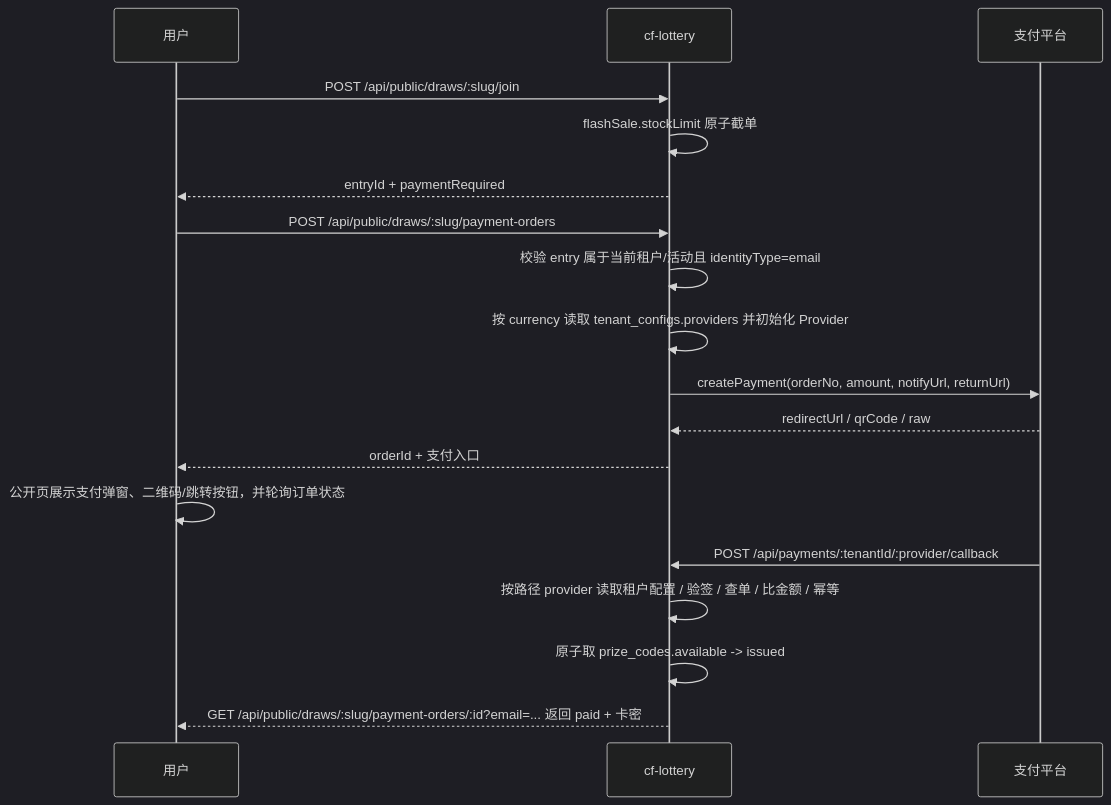
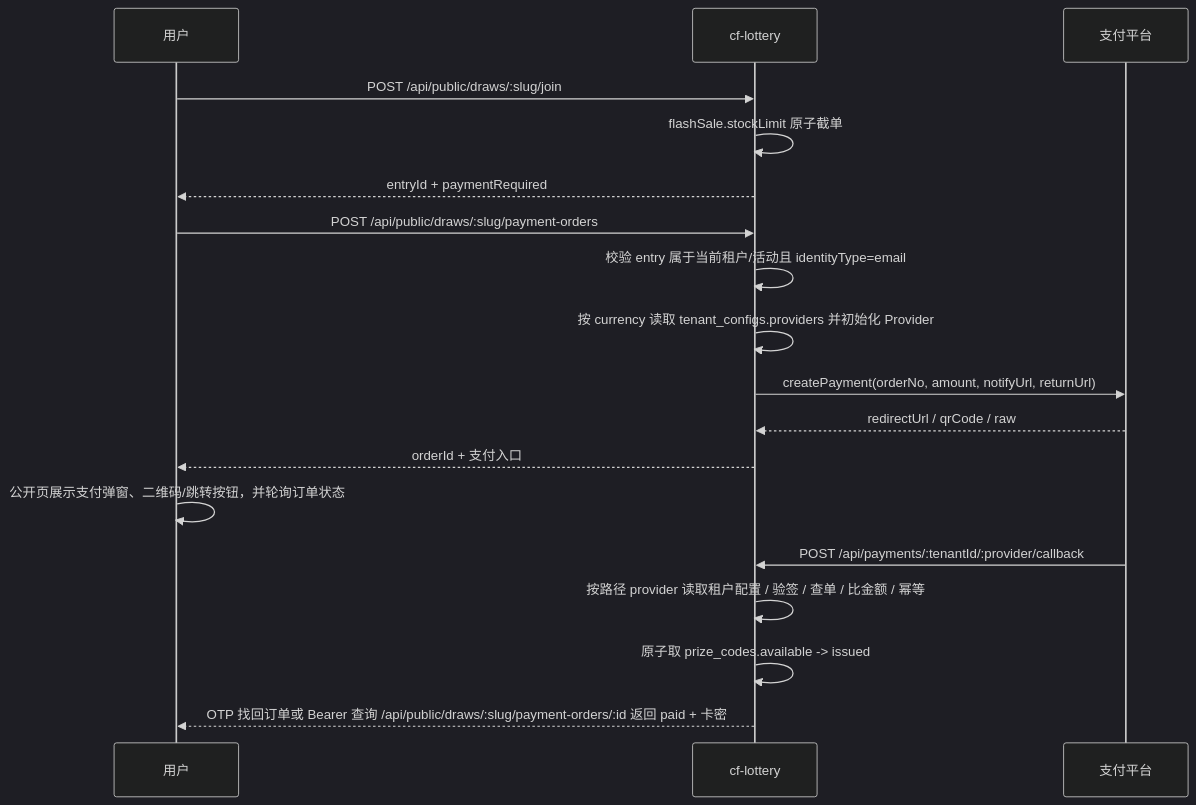
Before and after one commit to qwdingyu/cf-lottery: the diagram in docs/131_秒杀卡密多租户直付方案_2026-08-07.md, drawn with Mermaid (dark theme). The commit also changed other lines of this file and 5 other files, not shown here.

````diff
--- a/docs/131_秒杀卡密多租户直付方案_2026-08-07.md
+++ b/docs/131_秒杀卡密多租户直付方案_2026-08-07.md
@@ -163,21 +163,21 @@
 ```mermaid
 sequenceDiagram
   participant U as 用户
   participant L as cf-lottery
   participant P as 支付平台
 
   U->>L: POST /api/public/draws/:slug/join
   L->>L: flashSale.stockLimit 原子截单
   L-->>U: entryId + paymentRequired
   U->>L: POST /api/public/draws/:slug/payment-orders
   L->>L: 校验 entry 属于当前租户/活动且 identityType=email
   L->>L: 按 currency 读取 tenant_configs.providers 并初始化 Provider
   L->>P: createPayment(orderNo, amount, notifyUrl, returnUrl)
   P-->>L: redirectUrl / qrCode / raw
   L-->>U: orderId + 支付入口
   U->>U: 公开页展示支付弹窗、二维码/跳转按钮，并轮询订单状态
   P->>L: POST /api/payments/:tenantId/:provider/callback
   L->>L: 按路径 provider 读取租户配置 / 验签 / 查单 / 比金额 / 幂等
   L->>L: 原子取 prize_codes.available -> issued
-  L-->>U: GET /api/public/draws/:slug/payment-orders/:id?email=... 返回 paid + 卡密
+  L-->>U: OTP 找回订单或 Bearer 查询 /api/public/draws/:slug/payment-orders/:id 返回 paid + 卡密
 ```
````
